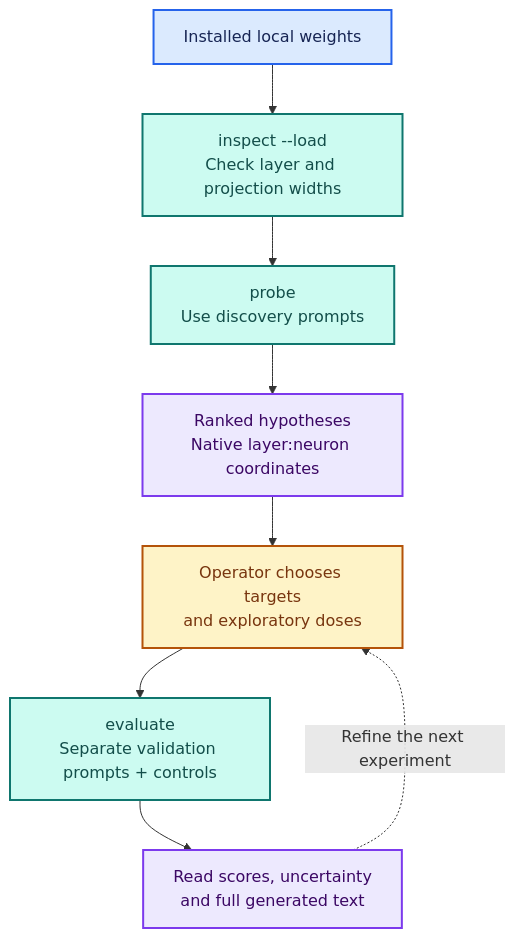
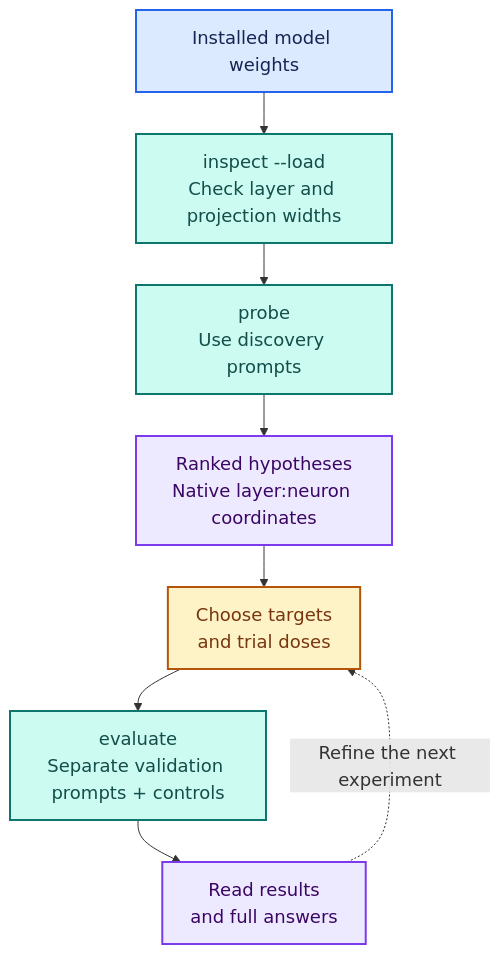
The third of 16 diagrams in VISUAL_GUIDE.md (djayuffe/neuron-steer), drawn with Mermaid before and after one commit. The commit also changed other lines of this file and 6 other files, not shown here.

Commit message:
Improve reading paths, diagram typography and ELI5 concept explanations

````diff
--- a/VISUAL_GUIDE.md
+++ b/VISUAL_GUIDE.md
@@ -112,18 +174,30 @@
 ```mermaid
+---
+config:
+  fontFamily: Arial, Helvetica, sans-serif
+  fontSize: 18
+  themeVariables:
+    fontFamily: Arial, Helvetica, sans-serif
+    fontSize: 18px
+  flowchart:
+    nodeSpacing: 28
+    rankSpacing: 42
+    padding: 14
+---
 flowchart TB
   accTitle: From installed weights to a controlled experiment
   accDescr: Inspect installed weights, probe discovery prompts, explicitly choose a coordinate and dose, evaluate separate prompts, and review evidence.
-W["Installed local weights"]:::input --> I["inspect --load<br/>Check layer and projection widths"]:::local
+  W["Installed model weights"]:::input --> I["inspect --load<br/>Check layer and projection widths"]:::local
   I --> P["probe<br/>Use discovery prompts"]:::local
   P --> H["Ranked hypotheses<br/>Native layer:neuron coordinates"]:::evidence
-  H --> D["Operator chooses targets<br/>and exploratory doses"]:::choice
+  H --> D["Choose targets<br/>and trial doses"]:::choice
   D --> E["evaluate<br/>Separate validation prompts + controls"]:::local
-  E --> R["Read scores, uncertainty<br/>and full generated text"]:::evidence
+  E --> R["Read results<br/>and full answers"]:::evidence
   R -. "Refine the next experiment" .-> D
   classDef input fill:#DBEAFE,stroke:#2563EB,color:#172554,stroke-width:2px;
   classDef local fill:#CCFBF1,stroke:#0F766E,color:#134E4A,stroke-width:2px;
   classDef choice fill:#FEF3C7,stroke:#B45309,color:#78350F,stroke-width:2px;
   classDef evidence fill:#EDE9FE,stroke:#7C3AED,color:#3B0764,stroke-width:2px;
   classDef remote fill:#FCE7F3,stroke:#BE185D,color:#831843,stroke-width:2px;
   classDef limit fill:#FEE2E2,stroke:#DC2626,color:#7F1D1D,stroke-width:2px;
 ```
````
